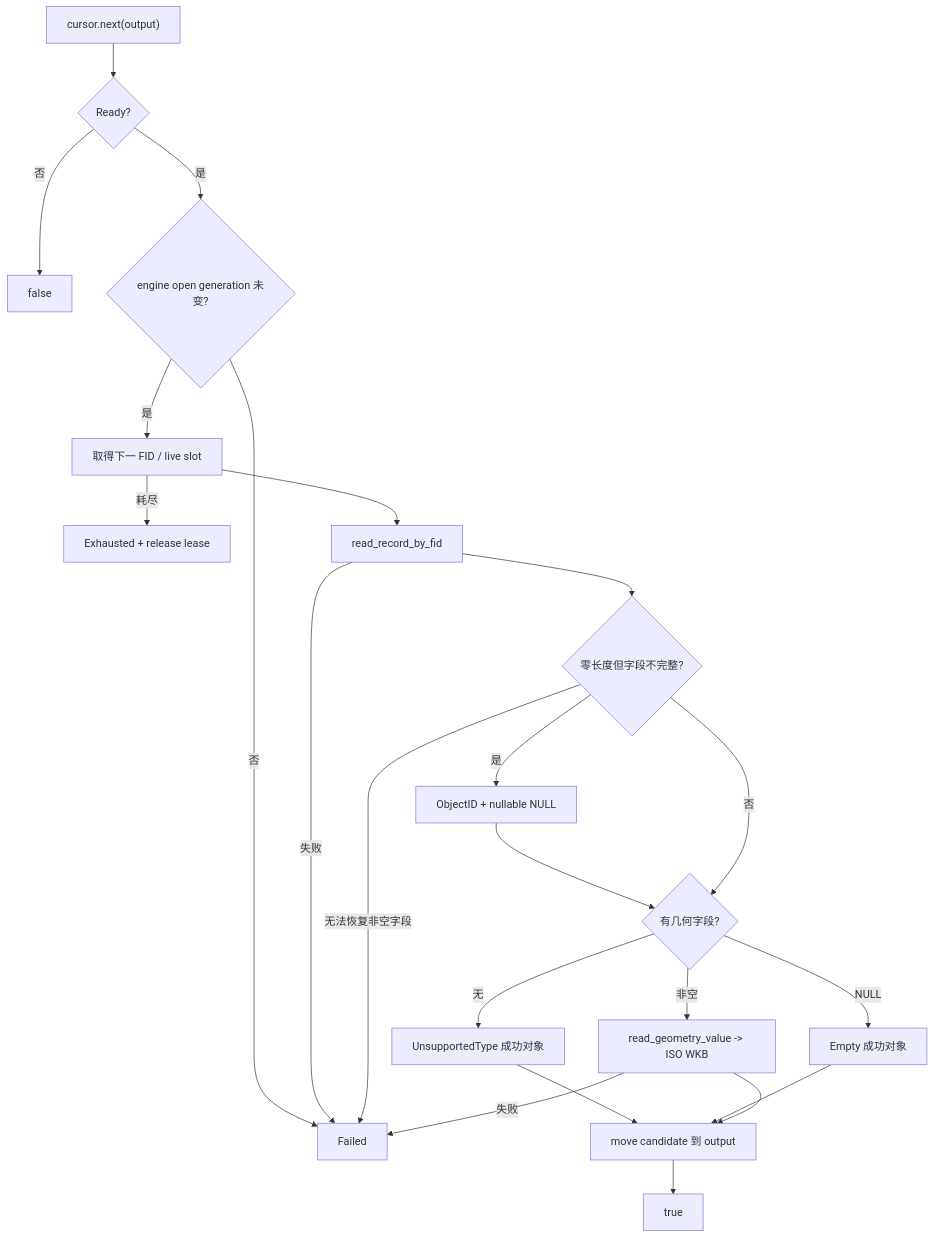
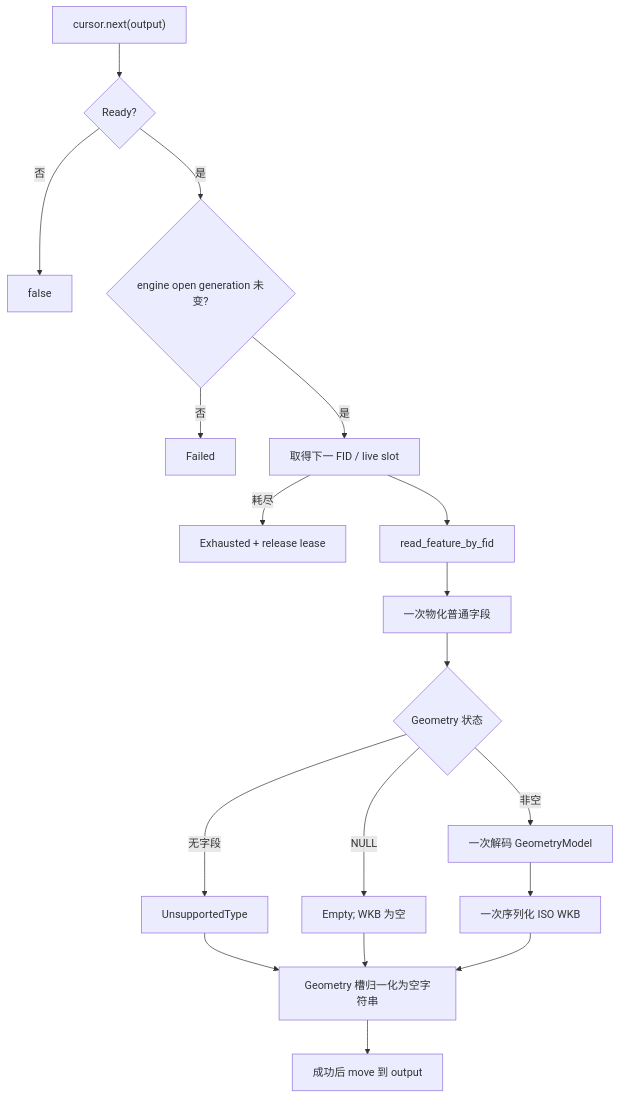
Before and after one commit to EdgarLQS/fast-gdb: the fifth of 6 diagrams in src/edgar/explorgdb/reader/QUERY_FLOW.md, drawn with Mermaid. The commit also changed other lines of this file, not shown here.

Commit message:
docs(reader): document WKB-first query and feature flow

````diff
--- a/src/edgar/explorgdb/reader/QUERY_FLOW.md
+++ b/src/edgar/explorgdb/reader/QUERY_FLOW.md
@@ -81,24 +103,20 @@
 ```mermaid
 flowchart TD
     NEXT["cursor.next(output)"] --> STATE{"Ready?"}
     STATE -->|否| FALSE["false"]
     STATE -->|是| GEN{"engine open generation 未变?"}
     GEN -->|否| FAIL["Failed"]
     GEN -->|是| FID["取得下一 FID / live slot"]
     FID -->|耗尽| EOF["Exhausted + release lease"]
-    FID --> ROW["read_record_by_fid"]
-    ROW -->|失败| FAIL
-    ROW --> ZERO{"零长度但字段不完整?"}
-    ZERO -->|是| NORMALIZE["ObjectID + nullable NULL"]
-    ZERO -->|无法恢复非空字段| FAIL
-    NORMALIZE --> GEOM
-    ZERO -->|否| GEOM{"有几何字段?"}
-    GEOM -->|无| NOGEOM["UnsupportedType 成功对象"]
-    GEOM -->|NULL| EMPTY["Empty 成功对象"]
-    GEOM -->|非空| WKB["read_geometry_value -> ISO WKB"]
-    WKB -->|失败| FAIL
-    NOGEOM --> COMMIT["move candidate 到 output"]
-    EMPTY --> COMMIT
-    WKB --> COMMIT
-    COMMIT --> TRUE["true"]
+    FID --> ONEPASS["read_feature_by_fid"]
+    ONEPASS --> FIELDS["一次物化普通字段"]
+    FIELDS --> GEOM{"Geometry 状态"}
+    GEOM -->|无字段| NOGEOM["UnsupportedType"]
+    GEOM -->|NULL| EMPTY["Empty; WKB 为空"]
+    GEOM -->|非空| MODEL["一次解码 GeometryModel"]
+    MODEL --> WKB["一次序列化 ISO WKB"]
+    NOGEOM --> NORMALIZE["Geometry 槽归一化为空字符串"]
+    EMPTY --> NORMALIZE
+    WKB --> NORMALIZE
+    NORMALIZE --> COMMIT["成功后 move 到 output"]
 ```
````
